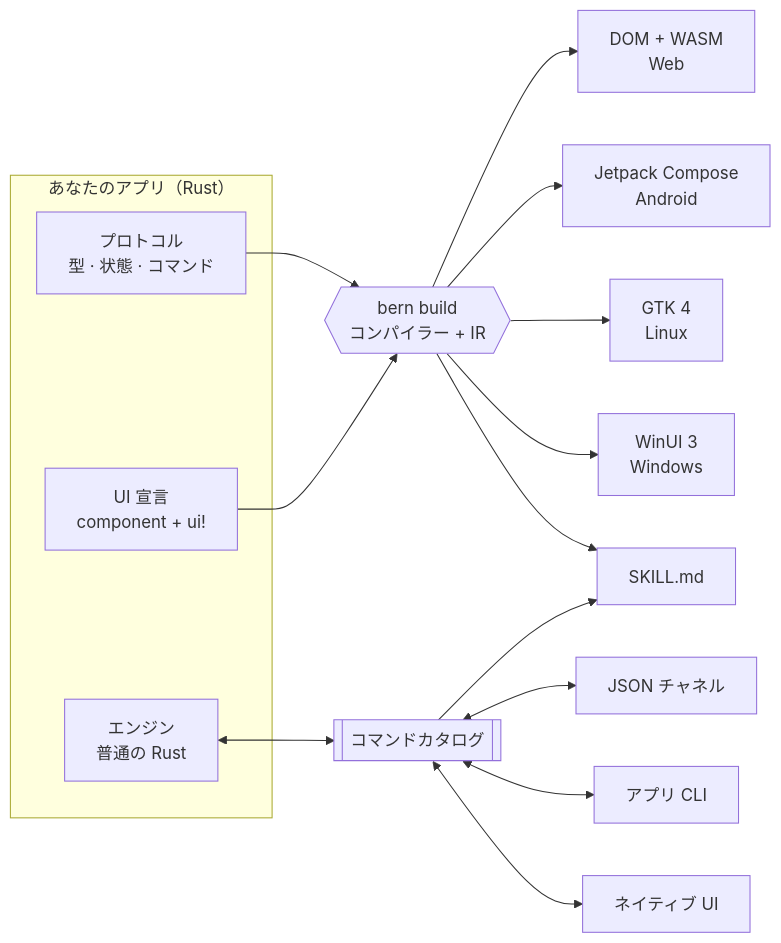
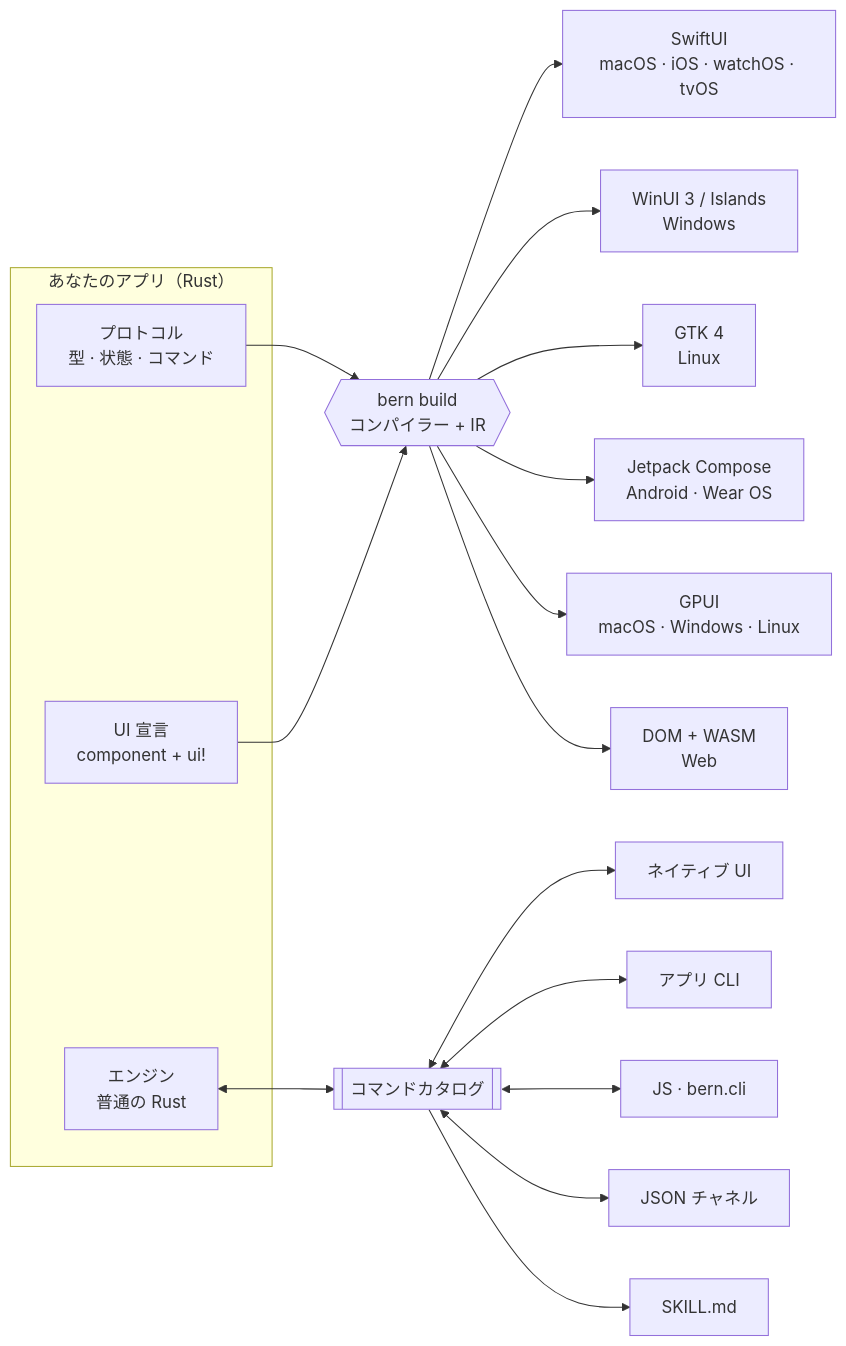
The diagram in README.ja.md (AimesSoft/Bern), drawn with Mermaid before and after one commit. The commit also changed other lines of this file and 54 other files, not shown here.

Commit message:
整理四语 README、双语文档索引与表格图表 (#147)

````diff
--- a/README.ja.md
+++ b/README.ja.md
@@ -219,20 +232,22 @@
 ```mermaid
 flowchart LR
     subgraph app["あなたのアプリ（Rust）"]
         P["プロトコル<br/>型 · 状態 · コマンド"]
         U["UI 宣言<br/>component + ui!"]
         E["エンジン<br/>普通の Rust"]
     end
     P --> C{{"bern build<br/>コンパイラー + IR"}}
     U --> C
-    C --> S["SwiftUI<br/>macOS · iOS"]
-    C --> W["WinUI 3<br/>Windows"]
+    C --> S["SwiftUI<br/>macOS · iOS · watchOS · tvOS"]
+    C --> W["WinUI 3 / Islands<br/>Windows"]
     C --> G["GTK 4<br/>Linux"]
-    C --> A["Jetpack Compose<br/>Android"]
+    C --> A["Jetpack Compose<br/>Android · Wear OS"]
+    C --> P2["GPUI<br/>macOS · Windows · Linux"]
     C --> B["DOM + WASM<br/>Web"]
     E <--> K[["コマンドカタログ"]]
     K <--> N["ネイティブ UI"]
     K <--> L["アプリ CLI"]
+    K <--> JS["JS · bern.cli"]
     K <--> J["JSON チャネル"]
-    K --> S["SKILL.md"]
+    K --> SK["SKILL.md"]
 ```
````
